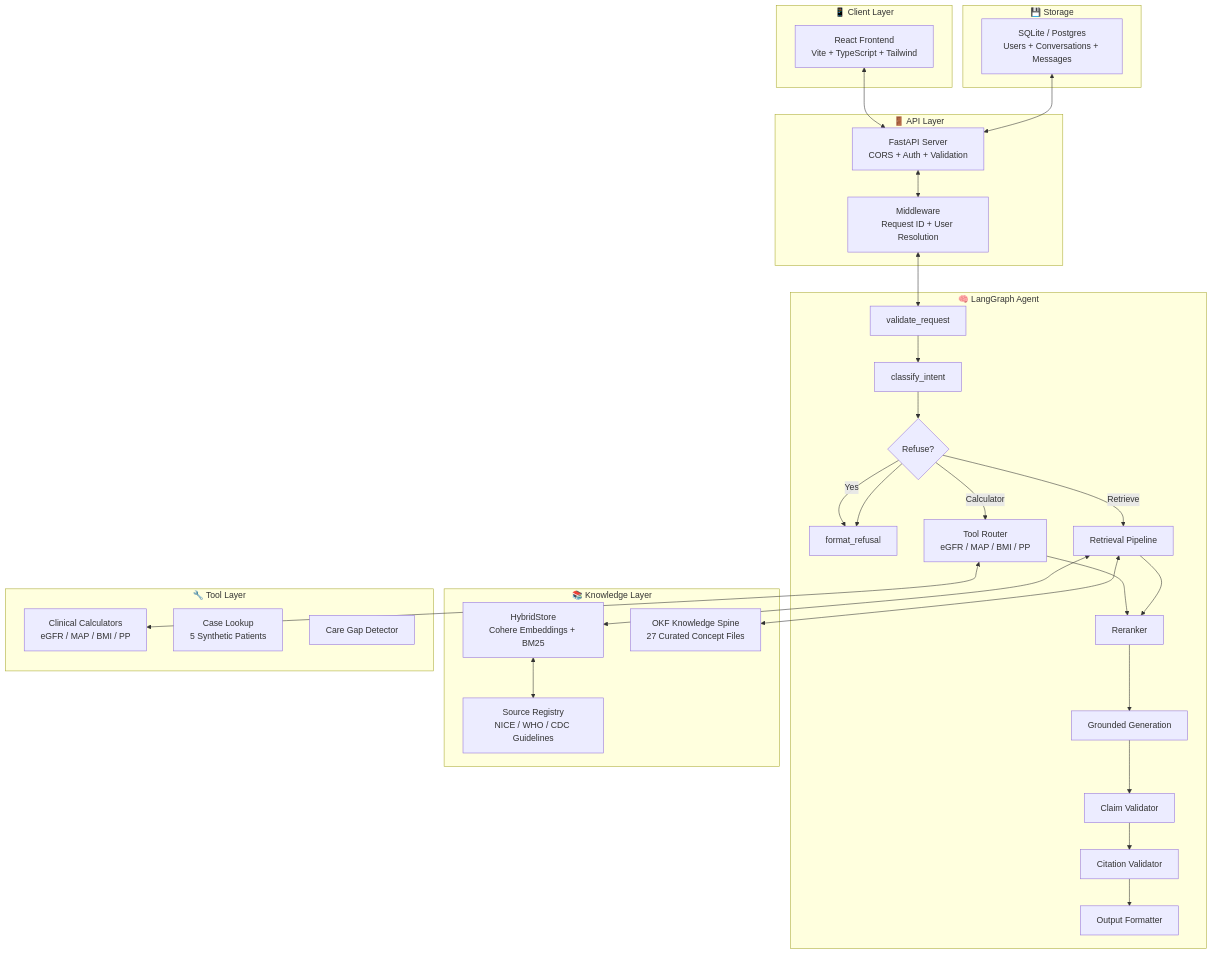
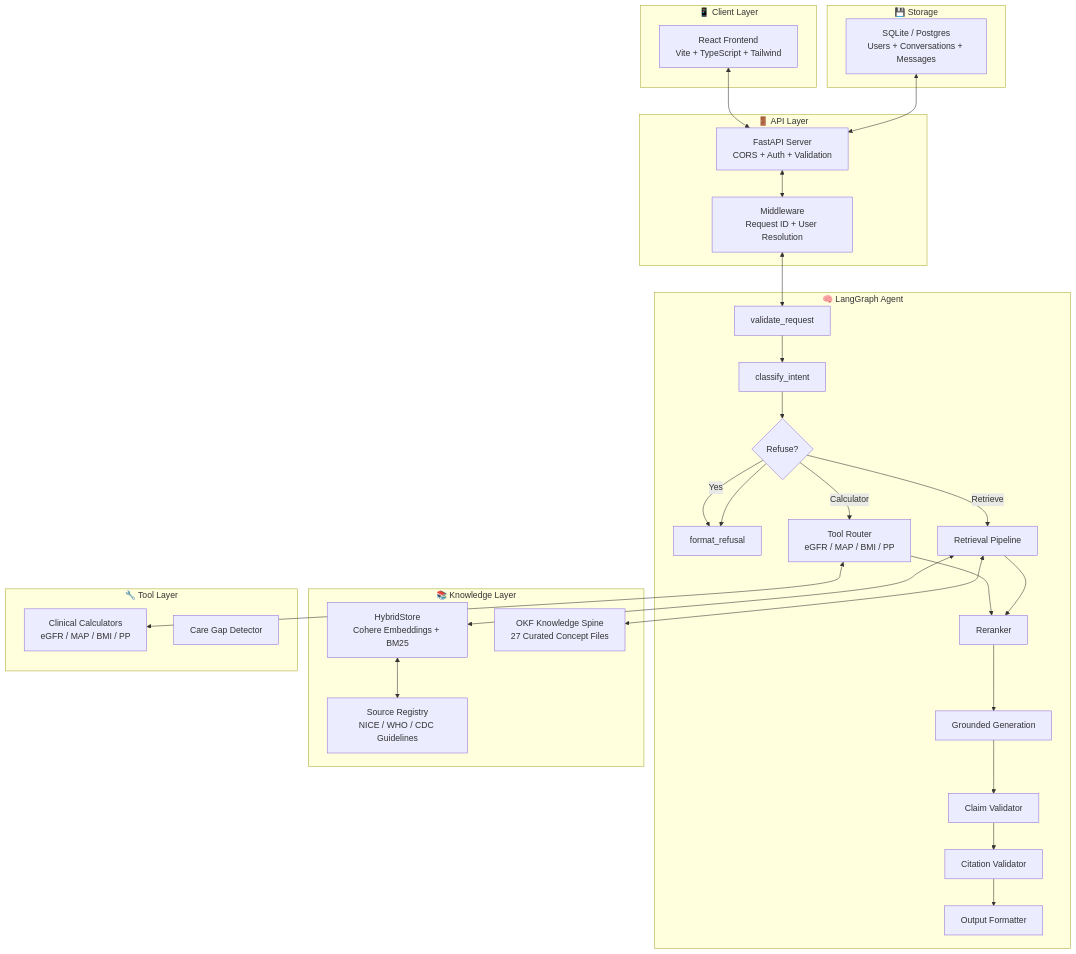
One commit to jeevesh2515/clinical-rag-agent changed the diagram in README.md. Above: the diagram before and after it, drawn with Mermaid. The commit also changed other lines of this file and 13 other files, not shown here.

````diff
--- a/README.md
+++ b/README.md
@@ -103,51 +159,50 @@
 ```mermaid
 flowchart TD
     subgraph Client["📱 Client Layer"]
         A[React Frontend<br/>Vite + TypeScript + Tailwind]
     end
 
     subgraph API["🚪 API Layer"]
         B[FastAPI Server<br/>CORS + Auth + Validation]
         C[Middleware<br/>Request ID + User Resolution]
     end
 
     subgraph Agent["🧠 LangGraph Agent"]
         D[validate_request] --> E[classify_intent]
         E --> F{Refuse?}
         F -->|Yes| G[format_refusal]
         F -->|Calculator| H[Tool Router<br/>eGFR / MAP / BMI / PP]
         F -->|Retrieve| I[Retrieval Pipeline]
         H --> J[Reranker]
         I --> J
         J --> K[Grounded Generation]
         K --> L[Claim Validator]
         L --> M[Citation Validator]
         M --> N[Output Formatter]
     end
 
     subgraph Knowledge["📚 Knowledge Layer"]
         O[HybridStore<br/>Cohere Embeddings + BM25]
         P[OKF Knowledge Spine<br/>27 Curated Concept Files]
         Q[Source Registry<br/>NICE / WHO / CDC Guidelines]
     end
 
     subgraph Tools["🔧 Tool Layer"]
         R[Clinical Calculators<br/>eGFR / MAP / BMI / PP]
-        S[Case Lookup<br/>5 Synthetic Patients]
-        T[Care Gap Detector]
+        S[Care Gap Detector]
     end
 
     subgraph Storage["💾 Storage"]
         U[SQLite / Postgres<br/>Users + Conversations + Messages]
     end
 
     A <--> B
     B <--> C
     C <--> D
     F --> G
     H <--> R
     I <--> O
     I <--> P
     O <--> Q
     U <--> B
 ```
````
